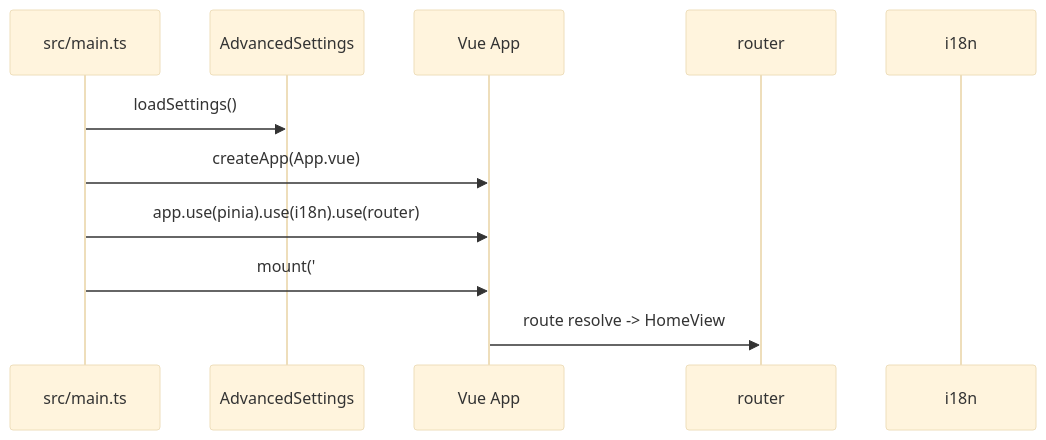
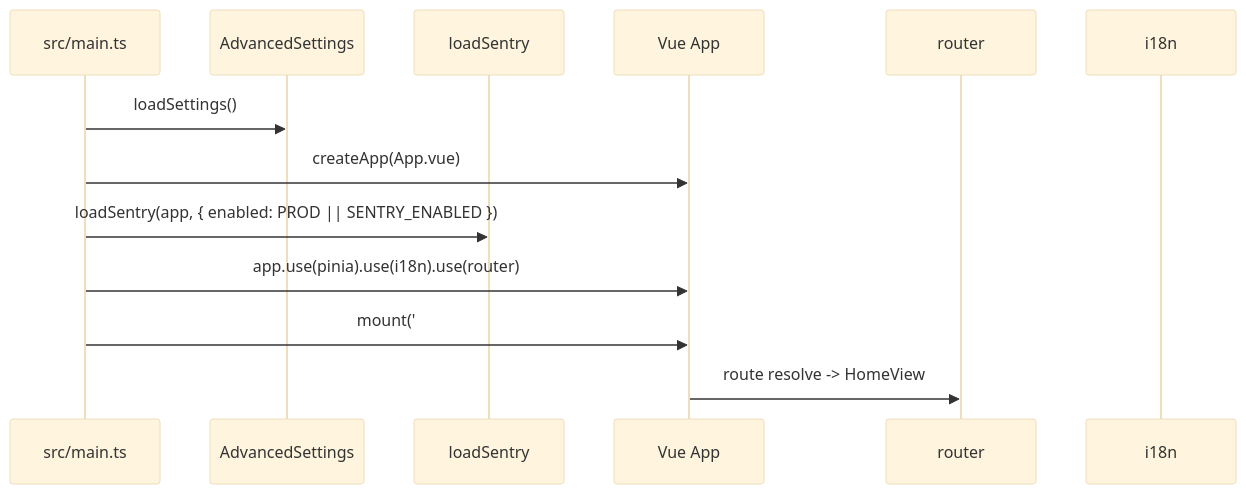
One commit to tautcony/beggar_socket changed the first of 7 diagrams in web-client/docs/modules/08-dataflows.md. Above: the diagram before and after it, drawn with Mermaid (base theme). The commit also changed other lines of this file and 8 other files, not shown here.

````diff
--- a/web-client/docs/modules/08-dataflows.md
+++ b/web-client/docs/modules/08-dataflows.md
@@ -5,14 +5,16 @@
 ```mermaid
 sequenceDiagram
   participant Main as src/main.ts
   participant Settings as AdvancedSettings
+  participant Sentry as loadSentry
   participant App as Vue App
   participant Router as router
   participant I18N as i18n
 
   Main->>Settings: loadSettings()
   Main->>App: createApp(App.vue)
+  Main->>Sentry: loadSentry(app, { enabled: PROD || SENTRY_ENABLED })
   Main->>App: app.use(pinia).use(i18n).use(router)
   Main->>App: mount('#app')
   App->>Router: route resolve -> HomeView
 ```
````
